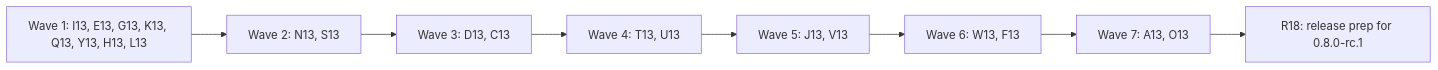
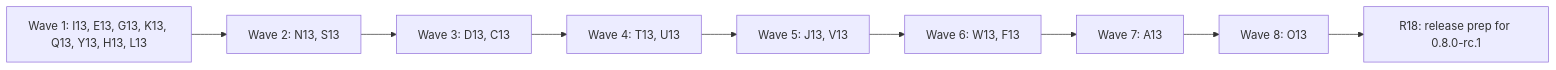
The diagram in docs/plan-0.8.0.md (alfhen/tagreeve), drawn with Mermaid before and after one commit. The commit also changed other lines of this file, not shown here.

````diff
--- a/docs/plan-0.8.0.md
+++ b/docs/plan-0.8.0.md
@@ -94,10 +95,11 @@
 ```mermaid
 flowchart LR
   W1["Wave 1: I13, E13, G13, K13, Q13, Y13, H13, L13"] --> W2["Wave 2: N13, S13"]
   W2 --> W3["Wave 3: D13, C13"]
   W3 --> W4["Wave 4: T13, U13"]
   W4 --> W5["Wave 5: J13, V13"]
   W5 --> W6["Wave 6: W13, F13"]
-  W6 --> W7["Wave 7: A13, O13"]
-  W7 --> R["R18: release prep for 0.8.0-rc.1"]
+  W6 --> W7["Wave 7: A13"]
+  W7 --> W8["Wave 8: O13"]
+  W8 --> R["R18: release prep for 0.8.0-rc.1"]
 ```
````
